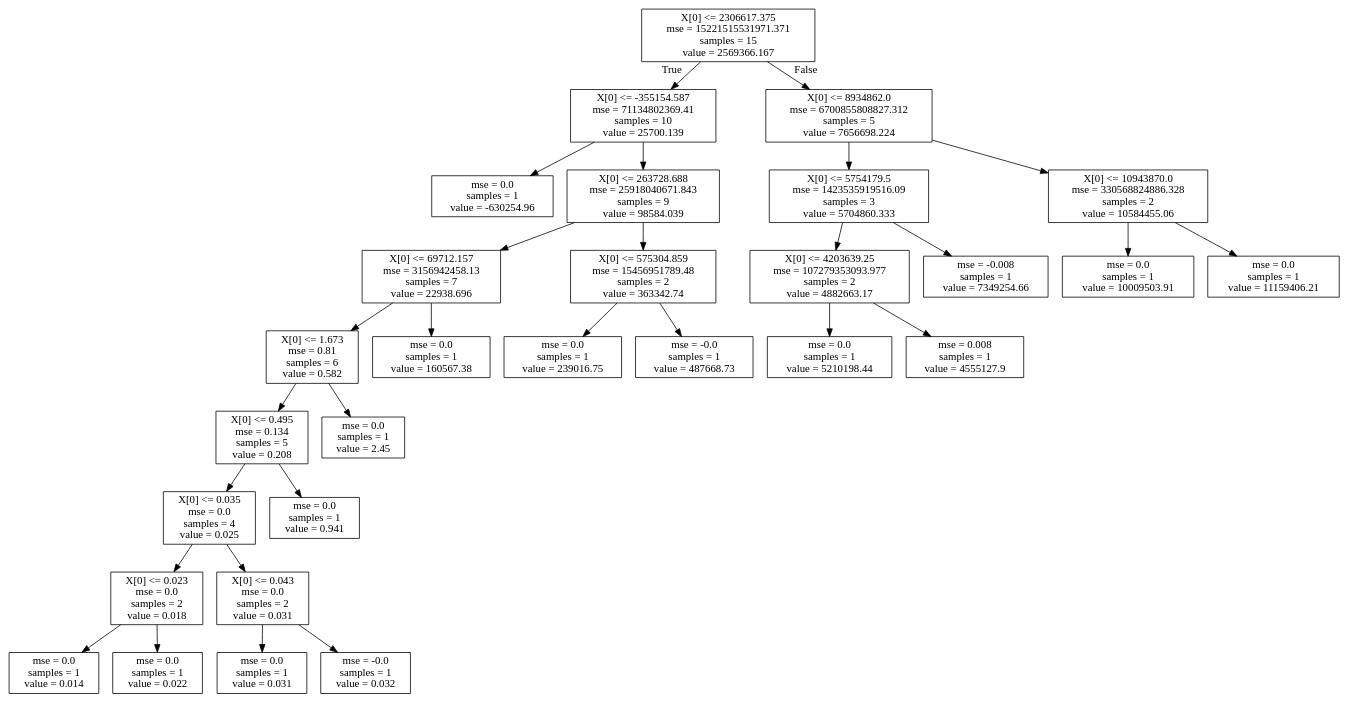
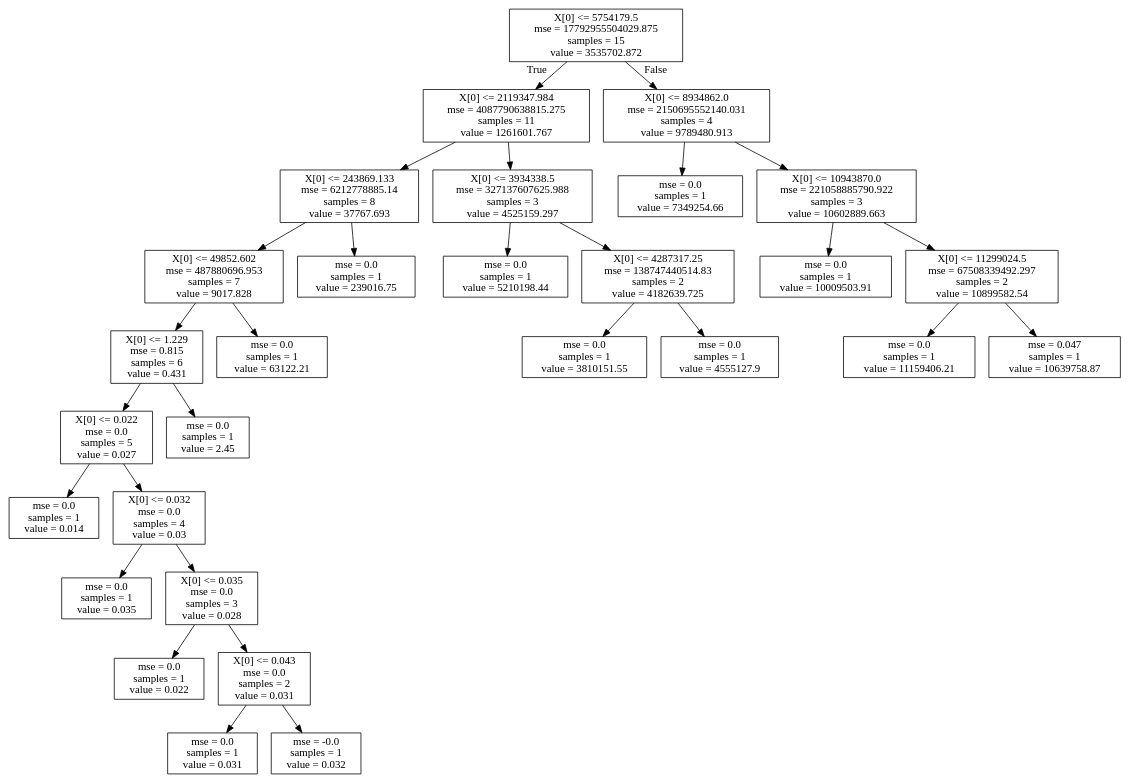
One commit to Dimitrios-Mourtzilas/Business-Strategy changed the diagram in dot_tree.dot. Above: the diagram before and after it, drawn with Graphviz. The commit also changed 15 other files, not shown here.

```diff
--- a/dot_tree.dot
+++ b/dot_tree.dot
@@ -1,60 +1,60 @@
 digraph Tree {
 node [shape=box] ;
-0 [label="X[0] <= 2306617.375\nmse = 15221515531971.371\nsamples = 15\nvalue = 2569366.167"] ;
-1 [label="X[0] <= -355154.587\nmse = 71134802369.41\nsamples = 10\nvalue = 25700.139"] ;
+0 [label="X[0] <= 5754179.5\nmse = 17792955504029.875\nsamples = 15\nvalue = 3535702.872"] ;
+1 [label="X[0] <= 2119347.984\nmse = 4087790638815.275\nsamples = 11\nvalue = 1261601.767"] ;
 0 -> 1 [labeldistance=2.5, labelangle=45, headlabel="True"] ;
-2 [label="mse = 0.0\nsamples = 1\nvalue = -630254.96"] ;
+2 [label="X[0] <= 243869.133\nmse = 6212778885.14\nsamples = 8\nvalue = 37767.693"] ;
 1 -> 2 ;
-3 [label="X[0] <= 263728.688\nmse = 25918040671.843\nsamples = 9\nvalue = 98584.039"] ;
-1 -> 3 ;
-4 [label="X[0] <= 69712.157\nmse = 3156942458.13\nsamples = 7\nvalue = 22938.696"] ;
+3 [label="X[0] <= 49852.602\nmse = 487880696.953\nsamples = 7\nvalue = 9017.828"] ;
+2 -> 3 ;
+4 [label="X[0] <= 1.229\nmse = 0.815\nsamples = 6\nvalue = 0.431"] ;
 3 -> 4 ;
-5 [label="X[0] <= 1.673\nmse = 0.81\nsamples = 6\nvalue = 0.582"] ;
+5 [label="X[0] <= 0.022\nmse = 0.0\nsamples = 5\nvalue = 0.027"] ;
 4 -> 5 ;
-6 [label="X[0] <= 0.495\nmse = 0.134\nsamples = 5\nvalue = 0.208"] ;
+6 [label="mse = 0.0\nsamples = 1\nvalue = 0.014"] ;
 5 -> 6 ;
-7 [label="X[0] <= 0.035\nmse = 0.0\nsamples = 4\nvalue = 0.025"] ;
-6 -> 7 ;
-8 [label="X[0] <= 0.023\nmse = 0.0\nsamples = 2\nvalue = 0.018"] ;
+7 [label="X[0] <= 0.032\nmse = 0.0\nsamples = 4\nvalue = 0.03"] ;
+5 -> 7 ;
+8 [label="mse = 0.0\nsamples = 1\nvalue = 0.035"] ;
 7 -> 8 ;
-9 [label="mse = 0.0\nsamples = 1\nvalue = 0.014"] ;
-8 -> 9 ;
+9 [label="X[0] <= 0.035\nmse = 0.0\nsamples = 3\nvalue = 0.028"] ;
+7 -> 9 ;
 10 [label="mse = 0.0\nsamples = 1\nvalue = 0.022"] ;
-8 -> 10 ;
+9 -> 10 ;
 11 [label="X[0] <= 0.043\nmse = 0.0\nsamples = 2\nvalue = 0.031"] ;
-7 -> 11 ;
+9 -> 11 ;
 12 [label="mse = 0.0\nsamples = 1\nvalue = 0.031"] ;
 11 -> 12 ;
 13 [label="mse = -0.0\nsamples = 1\nvalue = 0.032"] ;
 11 -> 13 ;
-14 [label="mse = 0.0\nsamples = 1\nvalue = 0.941"] ;
-6 -> 14 ;
-15 [label="mse = 0.0\nsamples = 1\nvalue = 2.45"] ;
-5 -> 15 ;
-16 [label="mse = 0.0\nsamples = 1\nvalue = 160567.38"] ;
-4 -> 16 ;
-17 [label="X[0] <= 575304.859\nmse = 15456951789.48\nsamples = 2\nvalue = 363342.74"] ;
-3 -> 17 ;
-18 [label="mse = 0.0\nsamples = 1\nvalue = 239016.75"] ;
+14 [label="mse = 0.0\nsamples = 1\nvalue = 2.45"] ;
+4 -> 14 ;
+15 [label="mse = 0.0\nsamples = 1\nvalue = 63122.21"] ;
+3 -> 15 ;
+16 [label="mse = 0.0\nsamples = 1\nvalue = 239016.75"] ;
+2 -> 16 ;
+17 [label="X[0] <= 3934338.5\nmse = 327137607625.988\nsamples = 3\nvalue = 4525159.297"] ;
+1 -> 17 ;
+18 [label="mse = 0.0\nsamples = 1\nvalue = 5210198.44"] ;
 17 -> 18 ;
-19 [label="mse = -0.0\nsamples = 1\nvalue = 487668.73"] ;
+19 [label="X[0] <= 4287317.25\nmse = 138747440514.83\nsamples = 2\nvalue = 4182639.725"] ;
 17 -> 19 ;
-20 [label="X[0] <= 8934862.0\nmse = 6700855808827.312\nsamples = 5\nvalue = 7656698.224"] ;
-0 -> 20 [labeldistance=2.5, labelangle=-45, headlabel="False"] ;
-21 [label="X[0] <= 5754179.5\nmse = 1423535919516.09\nsamples = 3\nvalue = 5704860.333"] ;
-20 -> 21 ;
-22 [label="X[0] <= 4203639.25\nmse = 107279353093.977\nsamples = 2\nvalue = 4882663.17"] ;
-21 -> 22 ;
-23 [label="mse = 0.0\nsamples = 1\nvalue = 5210198.44"] ;
+20 [label="mse = 0.0\nsamples = 1\nvalue = 3810151.55"] ;
+19 -> 20 ;
+21 [label="mse = 0.0\nsamples = 1\nvalue = 4555127.9"] ;
+19 -> 21 ;
+22 [label="X[0] <= 8934862.0\nmse = 2150695552140.031\nsamples = 4\nvalue = 9789480.913"] ;
+0 -> 22 [labeldistance=2.5, labelangle=-45, headlabel="False"] ;
+23 [label="mse = 0.0\nsamples = 1\nvalue = 7349254.66"] ;
 22 -> 23 ;
-24 [label="mse = 0.008\nsamples = 1\nvalue = 4555127.9"] ;
+24 [label="X[0] <= 10943870.0\nmse = 221058885790.922\nsamples = 3\nvalue = 10602889.663"] ;
 22 -> 24 ;
-25 [label="mse = -0.008\nsamples = 1\nvalue = 7349254.66"] ;
-21 -> 25 ;
-26 [label="X[0] <= 10943870.0\nmse = 330568824886.328\nsamples = 2\nvalue = 10584455.06"] ;
-20 -> 26 ;
-27 [label="mse = 0.0\nsamples = 1\nvalue = 10009503.91"] ;
+25 [label="mse = 0.0\nsamples = 1\nvalue = 10009503.91"] ;
+24 -> 25 ;
+26 [label="X[0] <= 11299024.5\nmse = 67508339492.297\nsamples = 2\nvalue = 10899582.54"] ;
+24 -> 26 ;
+27 [label="mse = 0.0\nsamples = 1\nvalue = 11159406.21"] ;
 26 -> 27 ;
-28 [label="mse = 0.0\nsamples = 1\nvalue = 11159406.21"] ;
+28 [label="mse = 0.047\nsamples = 1\nvalue = 10639758.87"] ;
 26 -> 28 ;
 }
```
